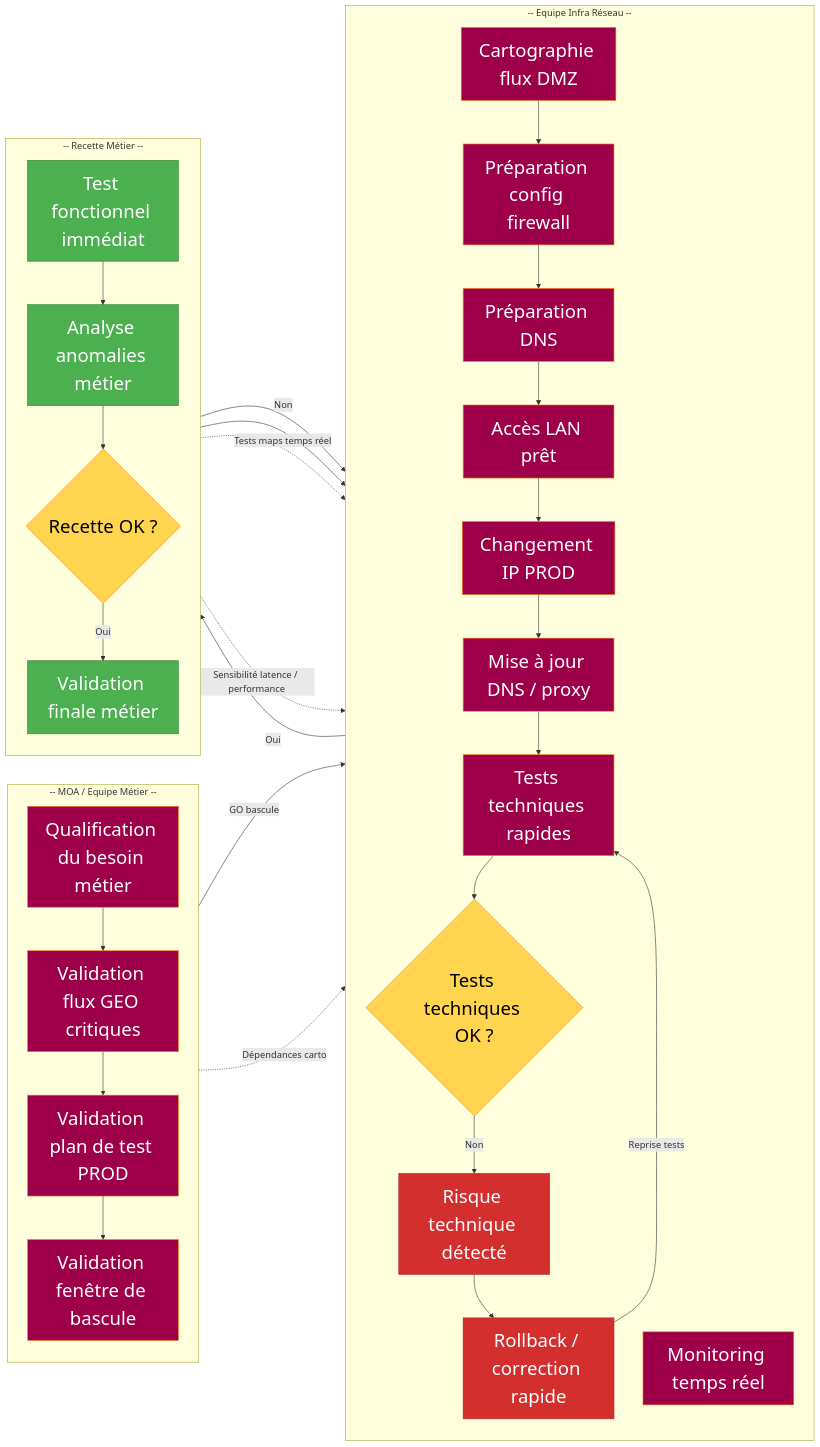
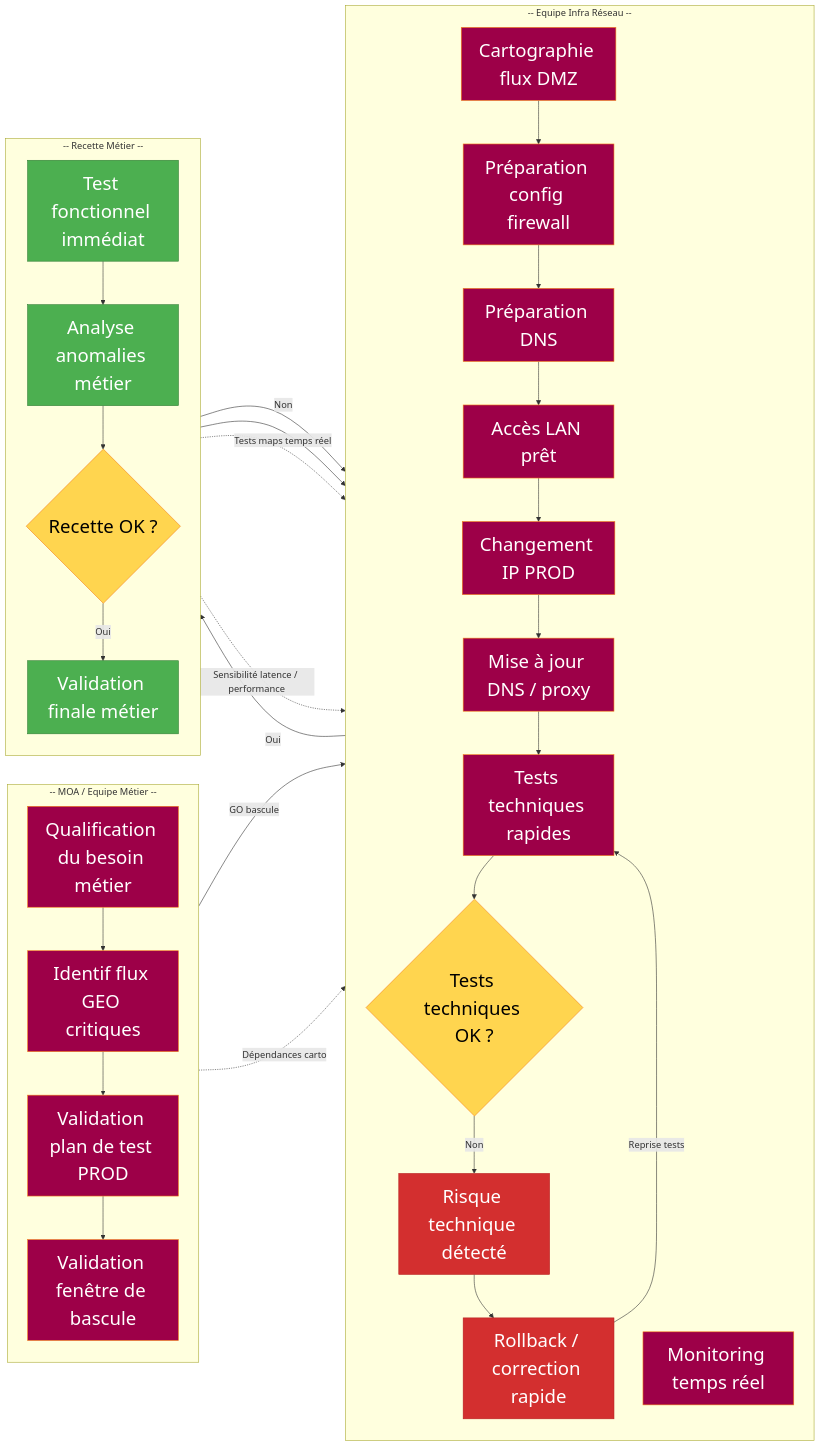
One commit to fdadda/iodraw-files changed the diagram in all/CHANGE IP - Sans Pre-Prod.md. Above: the diagram before and after it, drawn with Mermaid.

Commit message:
2026-06-01 15:07:05 update

````diff
--- a/all/CHANGE IP - Sans Pre-Prod.md
+++ b/all/CHANGE IP - Sans Pre-Prod.md
@@ -1,75 +1,75 @@
 ```mermaid
 flowchart LR
 
 %% Styles
 classDef metier fill:#9d0048,stroke:#f57f17,color:#ffffff,font-size:32px;
 classDef infra fill:#9d0048,stroke:#f57f17,color:#ffffff,font-size:32px;
 classDef recette fill:#4caf50,stroke:#2e7d32,color:#ffffff,font-size:32px;
 classDef decision fill:#ffd54f,stroke:#f57f17,color:#000000,font-size:32px;
 classDef risk fill:#d32f2f,stroke:#b71c1c,color:#ffffff,font-size:32px;
 
 %% Bloc Métier
 subgraph METIER [-- MOA / Equipe Métier --]
     direction TB
     M1["Qualification du besoin métier"]:::metier
-    M2["Validation flux GEO critiques"]:::metier
+    M2["Identif flux GEO critiques"]:::metier
     M3["Validation plan de test PROD"]:::metier
     M4["Validation fenêtre de bascule"]:::metier
 end
 
 %% Bloc Infra
 subgraph INFRA [-- Equipe Infra Réseau --]
     direction TB
     I1["Cartographie flux DMZ"]:::infra
     I2["Préparation config firewall"]:::infra
     I3["Préparation DNS"]:::infra
     I4["Accès LAN prêt"]:::infra
     I5["Changement IP PROD"]:::infra
     I6["Mise à jour DNS / proxy"]:::infra
     I7["Tests techniques rapides"]:::infra
     D1{"Tests techniques OK ?"}:::decision
     R1["Risque technique détecté"]:::risk
     I9["Rollback / correction rapide"]:::risk
     I8["Monitoring temps réel"]:::infra
 end
 
 %% Bloc Recette
 subgraph RECETTE [-- Recette Métier --]
     direction TB
     M5["Test fonctionnel immédiat"]:::recette
     M6["Analyse anomalies métier"]:::recette
     D2{"Recette OK ?"}:::decision
     M7["Validation finale métier"]:::recette
 end
 
 %% Ordonnancement visuel
 METIER --> INFRA --> RECETTE
 linkStyle 0 opacity:0
 linkStyle 1 opacity:0
 
 %% Workflow Métier
 M1 --> M2 --> M3 --> M4
 M4 -->|GO bascule| I1
 
 %% Workflow Infra
 I1 --> I2 --> I3 --> I4 --> I5 --> I6 --> I7 --> D1
 
 %% Décision technique
 D1 -->|Oui| M5
 D1 -->|Non| R1
 R1 --> I9
 I9 -->|Reprise tests| I7
 
 %% Workflow Recette
 M5 --> M6 --> D2
 D2 -->|Oui| M7
 D2 -->|Non| I9
 
 %% Mise en production stabilisée
 M7 --> I8
 
 %% Dépendances GEO
 M2 -.->|Dépendances carto| I7
 M5 -.->|Tests maps temps réel| I8
 M6 -.->|Sensibilité latence / performance| I8
 ```
````
